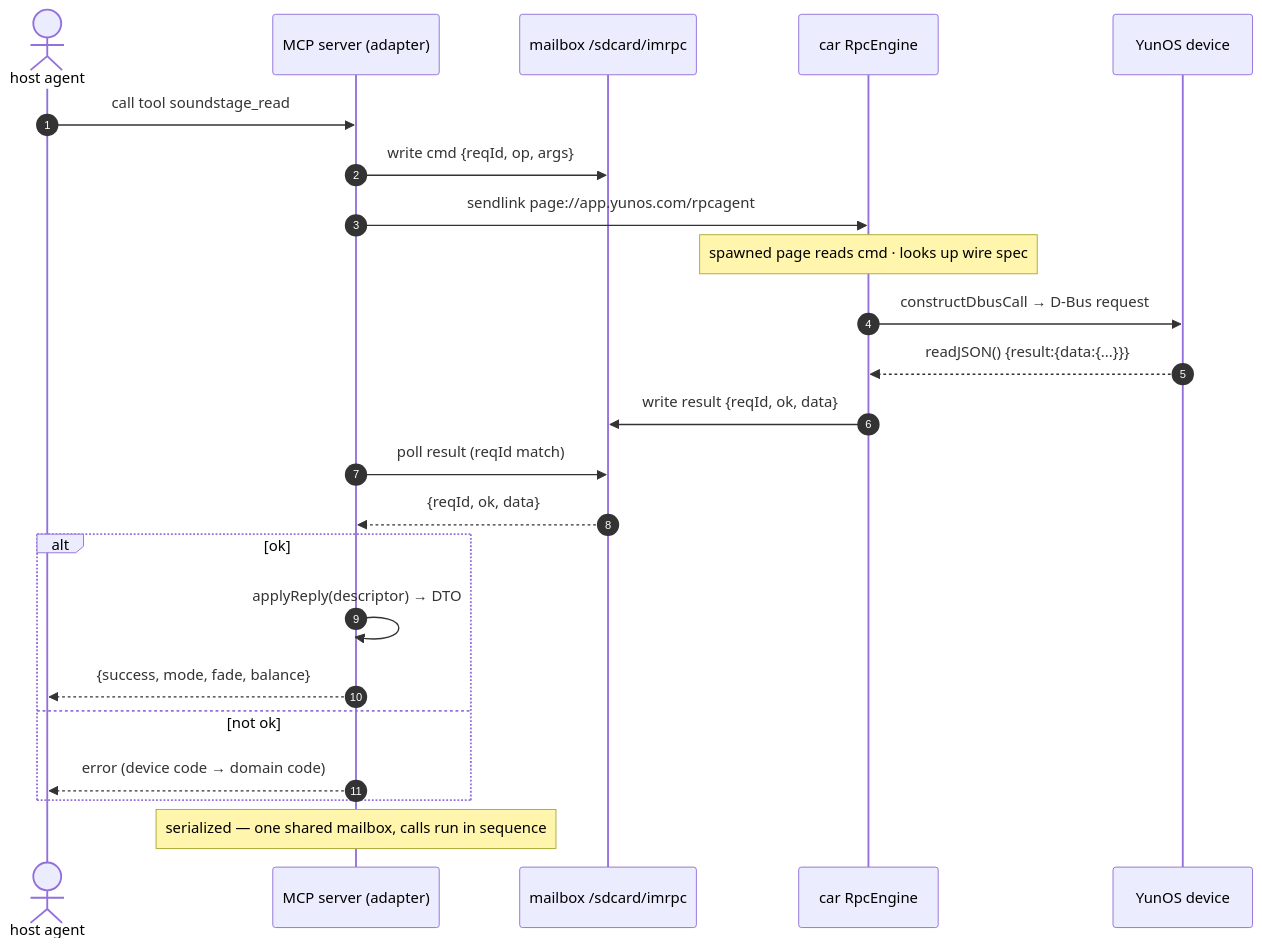
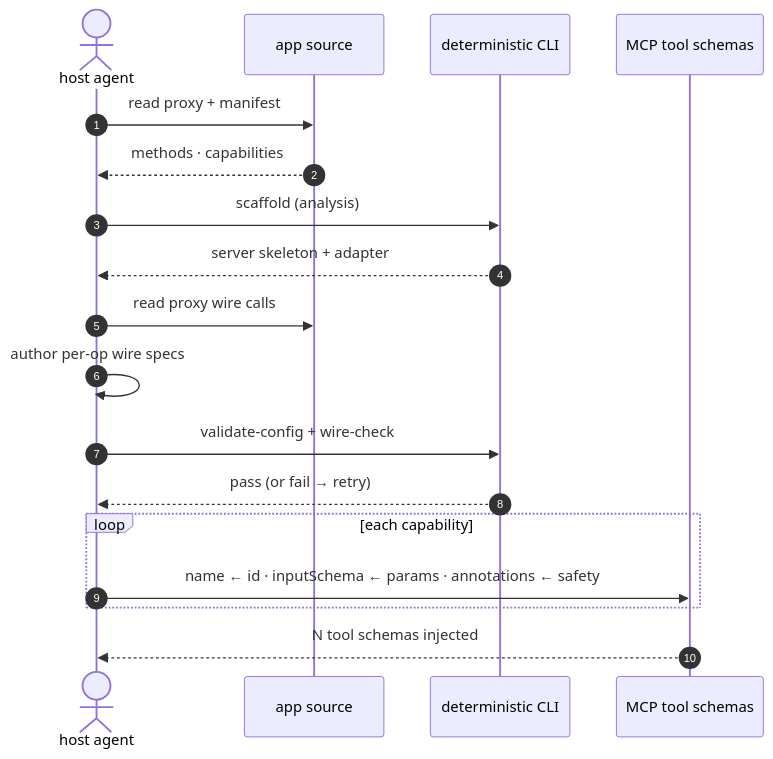
The second of 2 diagrams in README.md (MatCaviar/BRIDGE), drawn with Mermaid before and after one commit. The commit also changed other lines of this file, not shown here.

Commit message:
docs(readme): refocus how-it-works on MCP tool-definition generation — landscape pipeline + generation sequence; drop real-device round-trip figure

````diff
--- a/README.md
+++ b/README.md
@@ -108,26 +58,21 @@
 ```mermaid
 sequenceDiagram
     autonumber
     actor Agent as host agent
-    participant Server as MCP server (adapter)
-    participant Mailbox as mailbox /sdcard/imrpc
-    participant Engine as car RpcEngine
-    participant Device as YunOS device
+    participant Source as app source
+    participant CLI as deterministic CLI
+    participant Tool as MCP tool schemas
 
-    Agent->>Server: call tool soundstage_read
-    Server->>Mailbox: write cmd {reqId, op, args}
-    Server->>Engine: sendlink page://app.yunos.com/rpcagent
-    Note over Engine: spawned page reads cmd · looks up wire spec
-    Engine->>Device: constructDbusCall → D-Bus request
-    Device-->>Engine: readJSON() {result:{data:{...}}}
-    Engine->>Mailbox: write result {reqId, ok, data}
-    Server->>Mailbox: poll result (reqId match)
-    Mailbox-->>Server: {reqId, ok, data}
-    alt ok
-        Server->>Server: applyReply(descriptor) → DTO
-        Server-->>Agent: {success, mode, fade, balance}
-    else not ok
-        Server-->>Agent: error (device code → domain code)
+    Agent->>Source: read proxy + manifest
+    Source-->>Agent: methods · capabilities
+    Agent->>CLI: scaffold (analysis)
+    CLI-->>Agent: server skeleton + adapter
+    Agent->>Source: read proxy wire calls
+    Agent->>Agent: author per-op wire specs
+    Agent->>CLI: validate-config + wire-check
+    CLI-->>Agent: pass (or fail → retry)
+    loop each capability
+        Agent->>Tool: name ← id · inputSchema ← params · annotations ← safety
     end
-    Note over Server: serialized — one shared mailbox, calls run in sequence
+    Tool-->>Agent: N tool schemas injected
 ```
````
